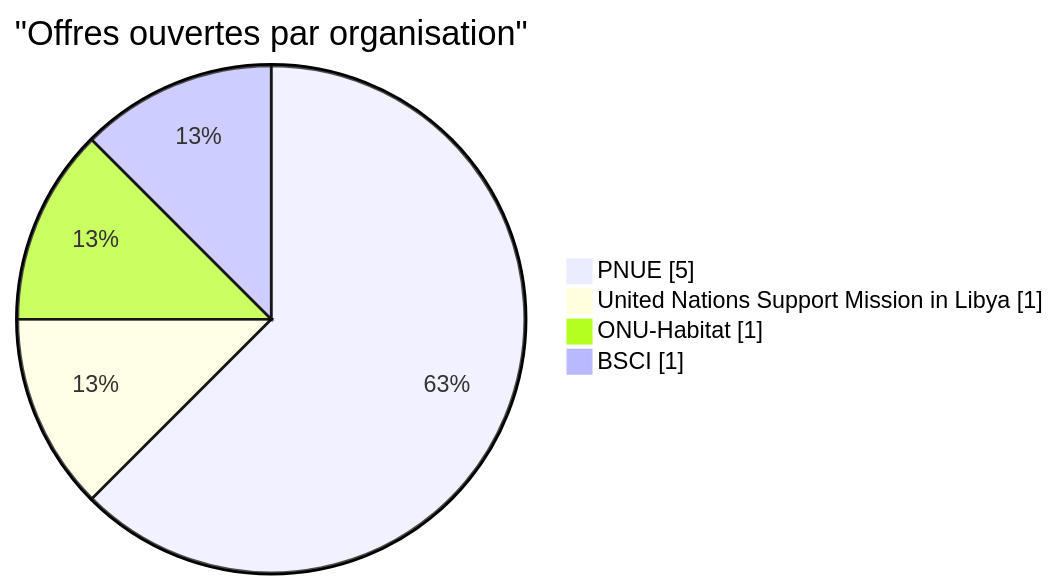
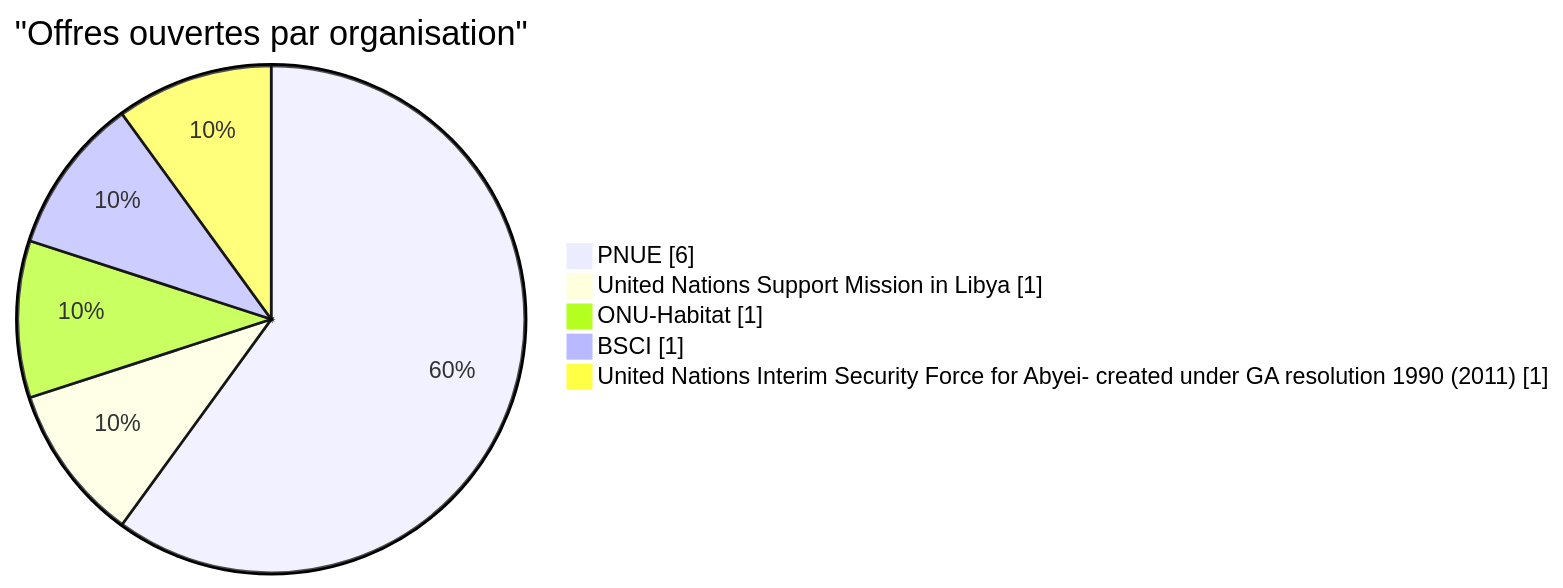
Before and after one commit to Abusooma/offres-tech-africa: the second of 3 diagrams in README.md, drawn with Mermaid. The commit also changed other lines of this file and 2 other files, not shown here.

Commit message:
data: 2 nouvelles offres tech le 2026-11-25 (PNUE, United Nations Interim Security Force for Abyei- created under GA resolution 1990 (2011))

````diff
--- a/README.md
+++ b/README.md
@@ -66,8 +79,9 @@
 ```mermaid
 pie showData
     title "Offres ouvertes par organisation"
-    "PNUE" : 5
+    "PNUE" : 6
     "United Nations Support Mission in Libya" : 1
     "ONU-Habitat" : 1
     "BSCI" : 1
+    "United Nations Interim Security Force for Abyei- created under GA resolution 1990 (2011)" : 1
 ```
````
